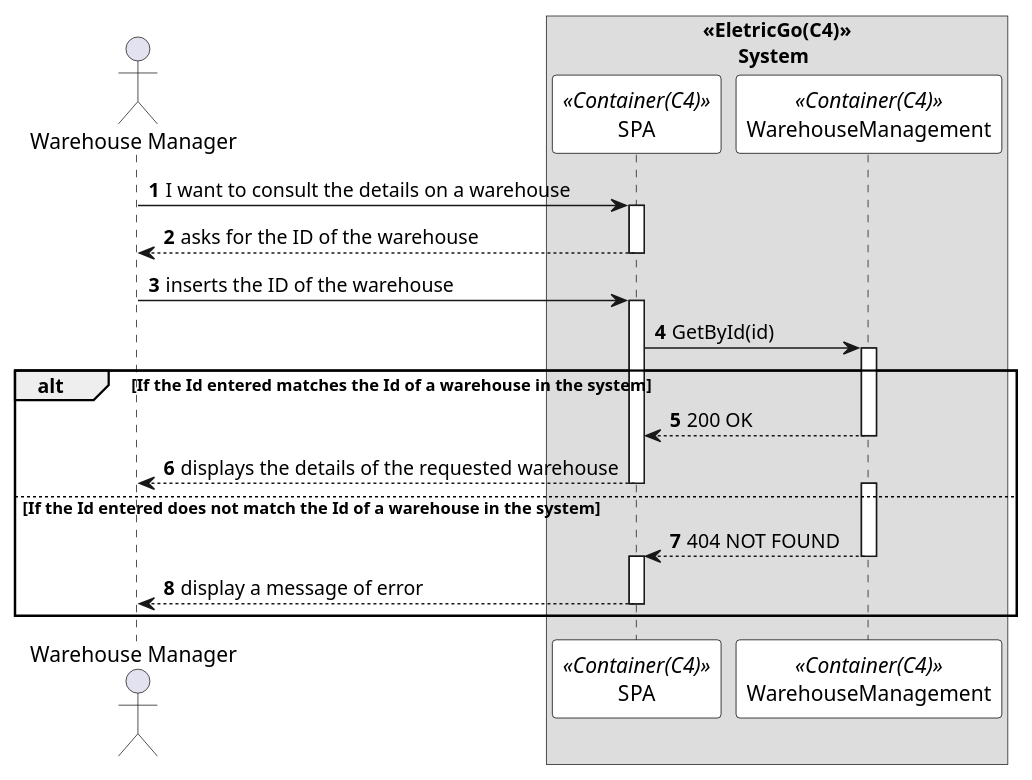
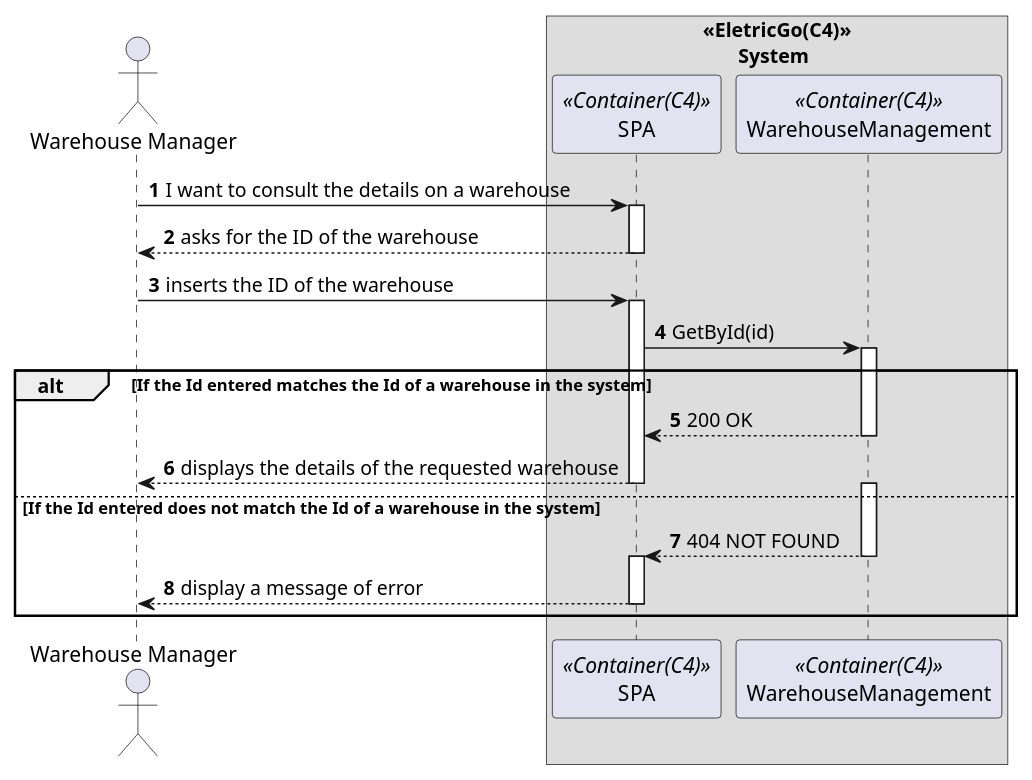
One commit to 0franciscor/dei_3dj_057 changed the diagram in Documents/1200720/.puml/readWarehouseSD.puml. Above: the diagram before and after it, drawn with PlantUML. The commit also changed 56 other files, not shown here.

Commit message:
#37 - Diagrama de sequencia relativo ao caso de uso de atualizar informações de um armazém.

```diff
--- a/Documents/1200720/.puml/readWarehouseSD.puml
+++ b/Documents/1200720/.puml/readWarehouseSD.puml
@@ -1,41 +1,36 @@
 @startuml 
 autonumber
-
-skinparam sequence {
-ParticipantBorderColor black
-ParticipantBackgroundColor white
-}
 
 actor "Warehouse Manager" as admin
 box "<<EletricGo(C4)>>\n       System"
 participant SPA as system <<Container(C4)>>
 participant WarehouseManagement as  WM <<Container(C4)>>
 end box
 
 admin -> system: I want to consult the details on a warehouse
 activate system
 
 system --> admin: asks for the ID of the warehouse
 deactivate system
 
 admin -> system: inserts the ID of the warehouse
 activate system
 system -> WM : GetById(id)
 alt If the Id entered matches the Id of a warehouse in the system
 activate WM
 WM --> system : 200 OK 
 deactivate WM 
 system --> admin: displays the details of the requested warehouse
 deactivate system
 
 else If the Id entered does not match the Id of a warehouse in the system
 activate WM
 WM --> system : 404 NOT FOUND
 deactivate WM 
 activate system
 system --> admin : display a message of error   
 deactivate system
 end
 deactivate admin
 
 @enduml
```
